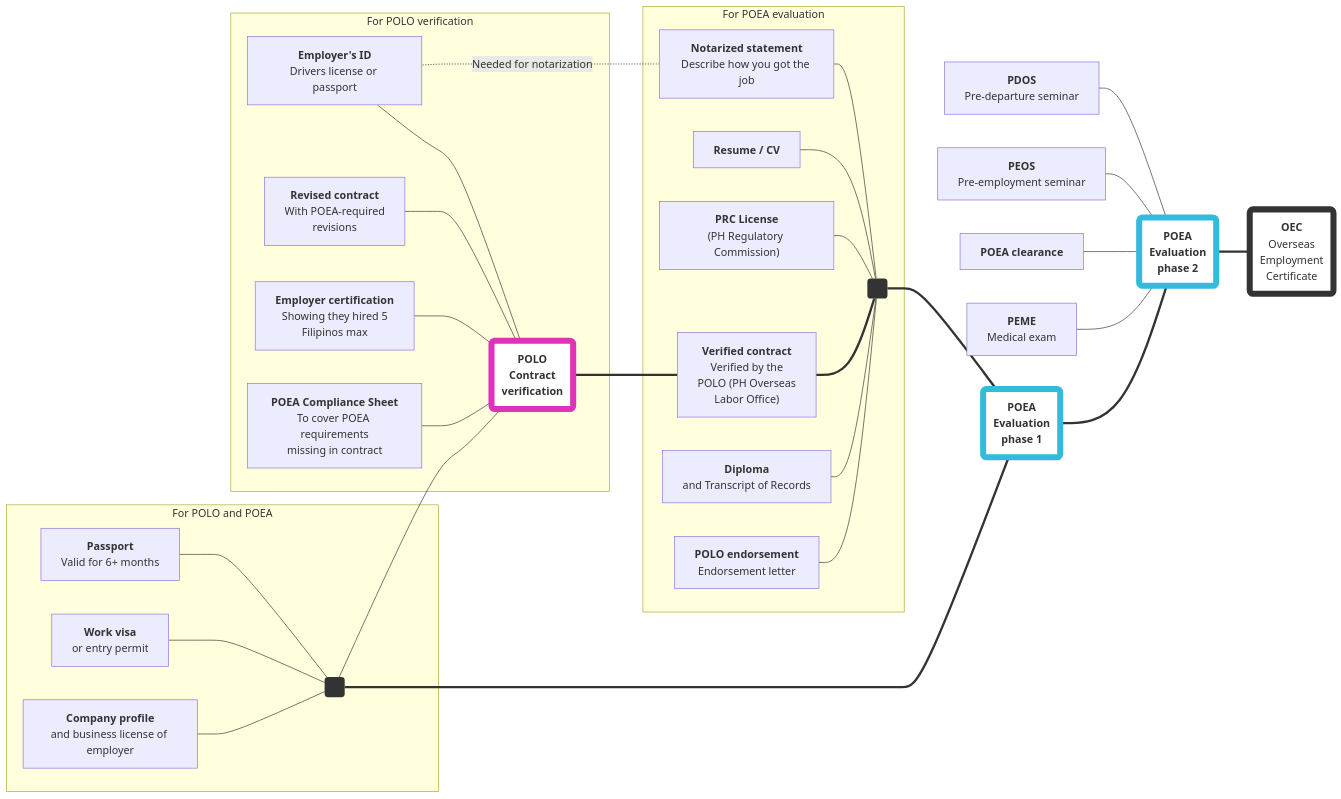
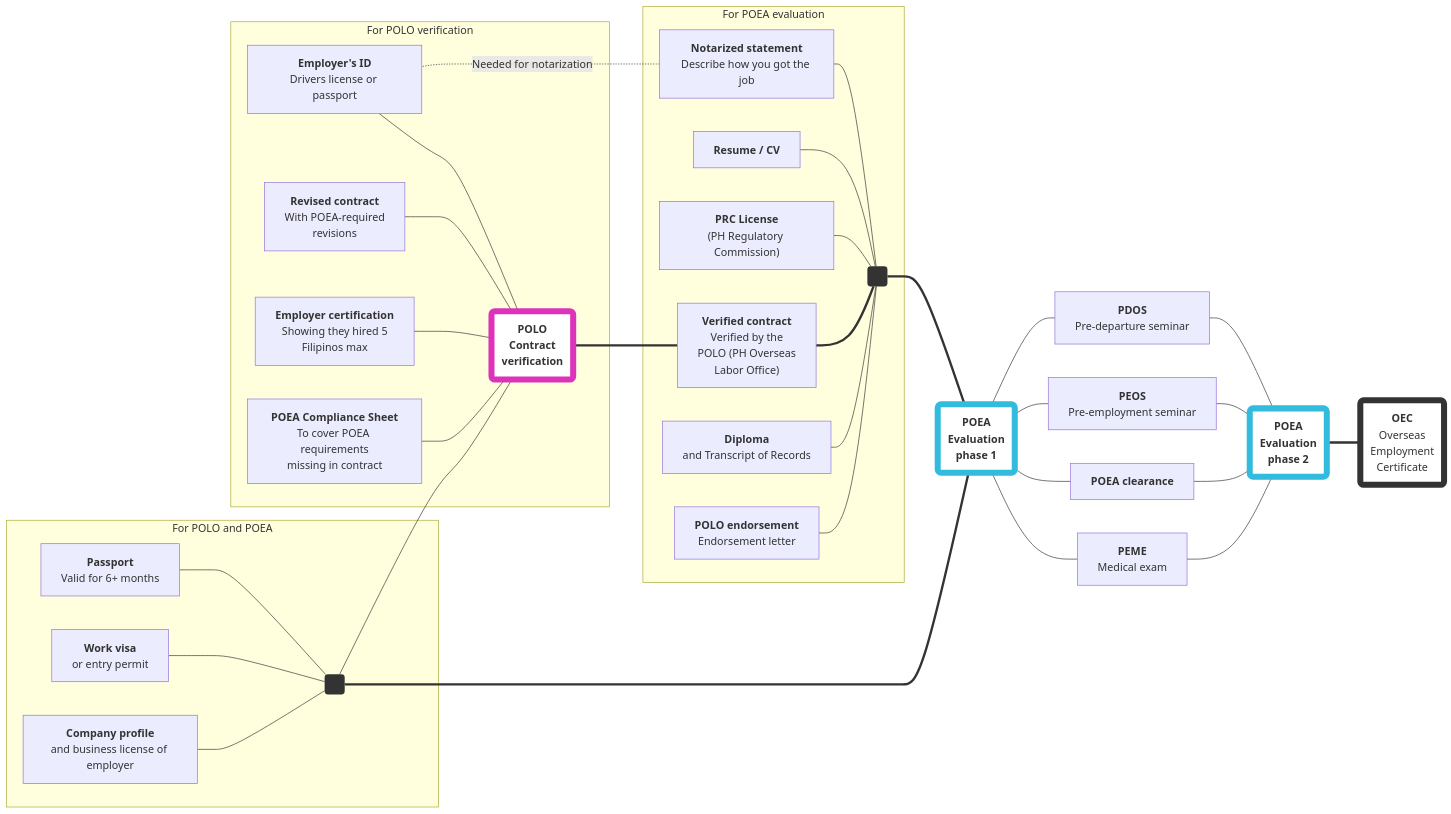
Before and after one commit to rstacruz/oec-guide: the diagram in docs/direct_hire_evaluation.md, drawn with Mermaid.

```diff
--- a/docs/direct_hire_evaluation.md
+++ b/docs/direct_hire_evaluation.md
@@ -46,7 +46,6 @@
 EVAL2 --- CLEARANCE
 EVAL2 --- PEME
 
-EVAL2 === EVAL1
 EVAL1 === JOBDOCS
 EVAL1 === ODOCS
 VERIFIED === CONTRACT
@@ -76,6 +75,11 @@
 CONTRACT --- ODOCS
 STATEMENT -.- |Needed for notarization| EMPLOYERID
 
+PDOS --- EVAL1
+PEOS --- EVAL1
+CLEARANCE --- EVAL1
+PEME --- EVAL1
+
 style OEC fill:#fff,stroke:#333,stroke-width:9px
 style EVAL1 fill:#fff,stroke:#3bd,stroke-width:9px
 style EVAL2 fill:#fff,stroke:#3bd,stroke-width:9px
```
